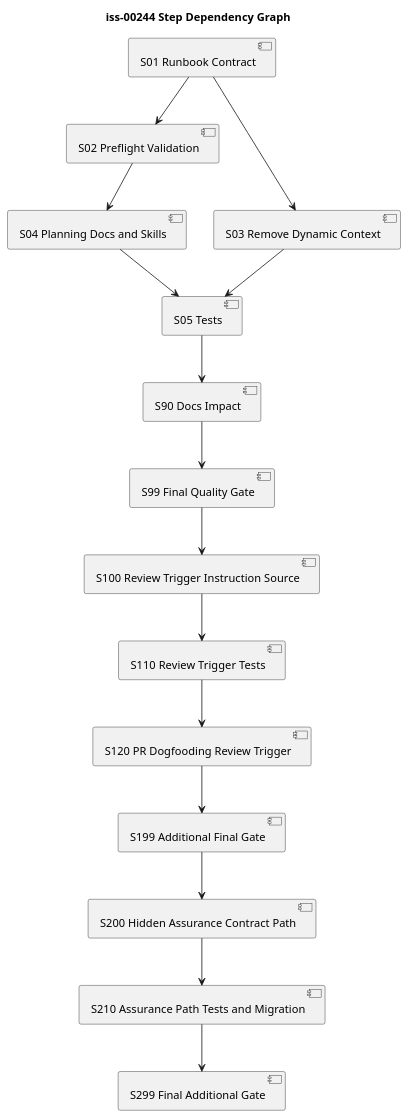
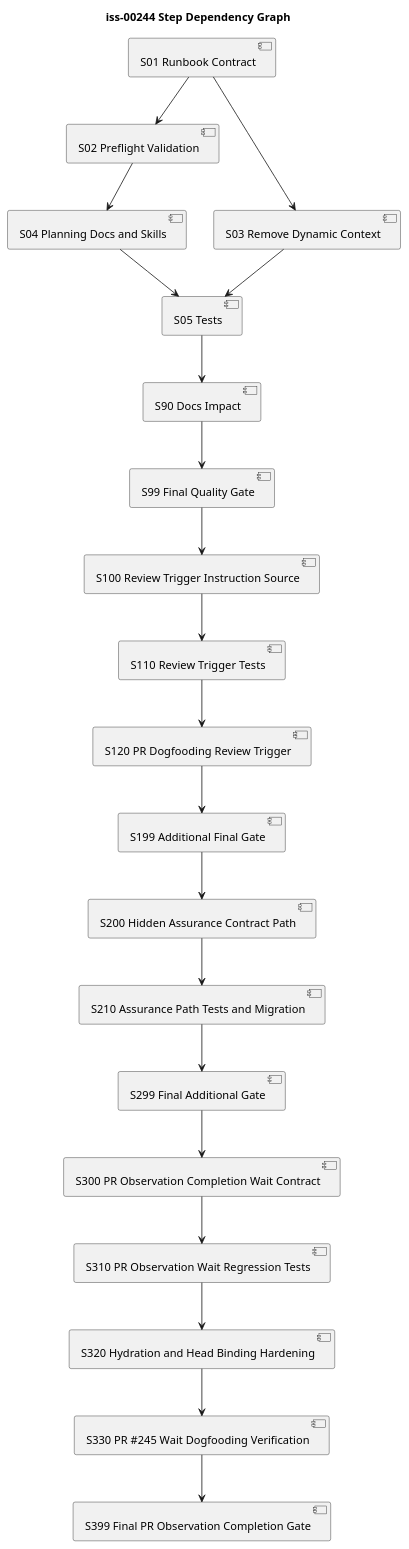
One commit to chemitaro/spec-dock changed the diagram in spec-dock/initiatives/init-local-00003-architecture-maintenance-and-hardening/epics/epic-00224-dynamic-workflow-resource-allocation/issues/iss-00244-simplify-issue-execution-guidance-into-plan-centric-preflight-validation/plan.md. Above: the diagram before and after it, drawn with PlantUML. The commit also changed other lines of this file and 15 other files, not shown here.

````diff
--- a/spec-dock/initiatives/init-local-00003-architecture-maintenance-and-hardening/epics/epic-00224-dynamic-workflow-resource-allocation/issues/iss-00244-simplify-issue-execution-guidance-into-plan-centric-preflight-validation/plan.md
+++ b/spec-dock/initiatives/init-local-00003-architecture-maintenance-and-hardening/epics/epic-00224-dynamic-workflow-resource-allocation/issues/iss-00244-simplify-issue-execution-guidance-into-plan-centric-preflight-validation/plan.md
@@ -63,24 +68,29 @@
 ```plantuml
 @startuml
 title iss-00244 Step Dependency Graph
 ' Question answered: Which implementation steps must precede others?
 ' Scope: issue implementation order and quality gates.
 ' Excluded details: exact function-level edits.
 ' Update trigger: design file change plan or closure index changes.
 
 [S01 Runbook Contract] --> [S02 Preflight Validation]
 [S01 Runbook Contract] --> [S03 Remove Dynamic Context]
 [S02 Preflight Validation] --> [S04 Planning Docs and Skills]
 [S03 Remove Dynamic Context] --> [S05 Tests]
 [S04 Planning Docs and Skills] --> [S05 Tests]
 [S05 Tests] --> [S90 Docs Impact]
 [S90 Docs Impact] --> [S99 Final Quality Gate]
 [S99 Final Quality Gate] --> [S100 Review Trigger Instruction Source]
 [S100 Review Trigger Instruction Source] --> [S110 Review Trigger Tests]
 [S110 Review Trigger Tests] --> [S120 PR Dogfooding Review Trigger]
 [S120 PR Dogfooding Review Trigger] --> [S199 Additional Final Gate]
 [S199 Additional Final Gate] --> [S200 Hidden Assurance Contract Path]
 [S200 Hidden Assurance Contract Path] --> [S210 Assurance Path Tests and Migration]
 [S210 Assurance Path Tests and Migration] --> [S299 Final Additional Gate]
+[S299 Final Additional Gate] --> [S300 PR Observation Completion Wait Contract]
+[S300 PR Observation Completion Wait Contract] --> [S310 PR Observation Wait Regression Tests]
+[S310 PR Observation Wait Regression Tests] --> [S320 Hydration and Head Binding Hardening]
+[S320 Hydration and Head Binding Hardening] --> [S330 PR #245 Wait Dogfooding Verification]
+[S330 PR #245 Wait Dogfooding Verification] --> [S399 Final PR Observation Completion Gate]
 @enduml
 ```
````
